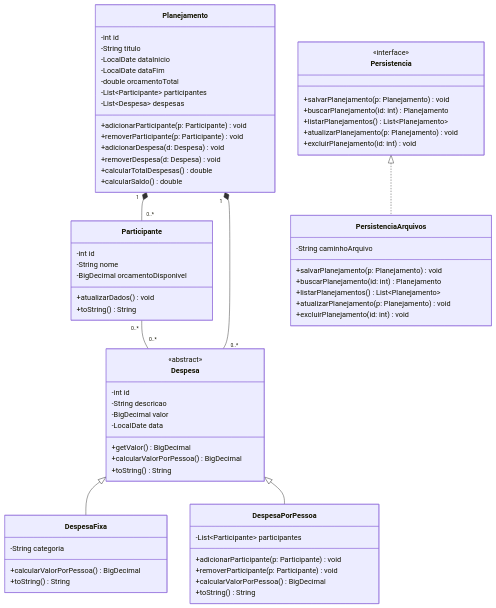
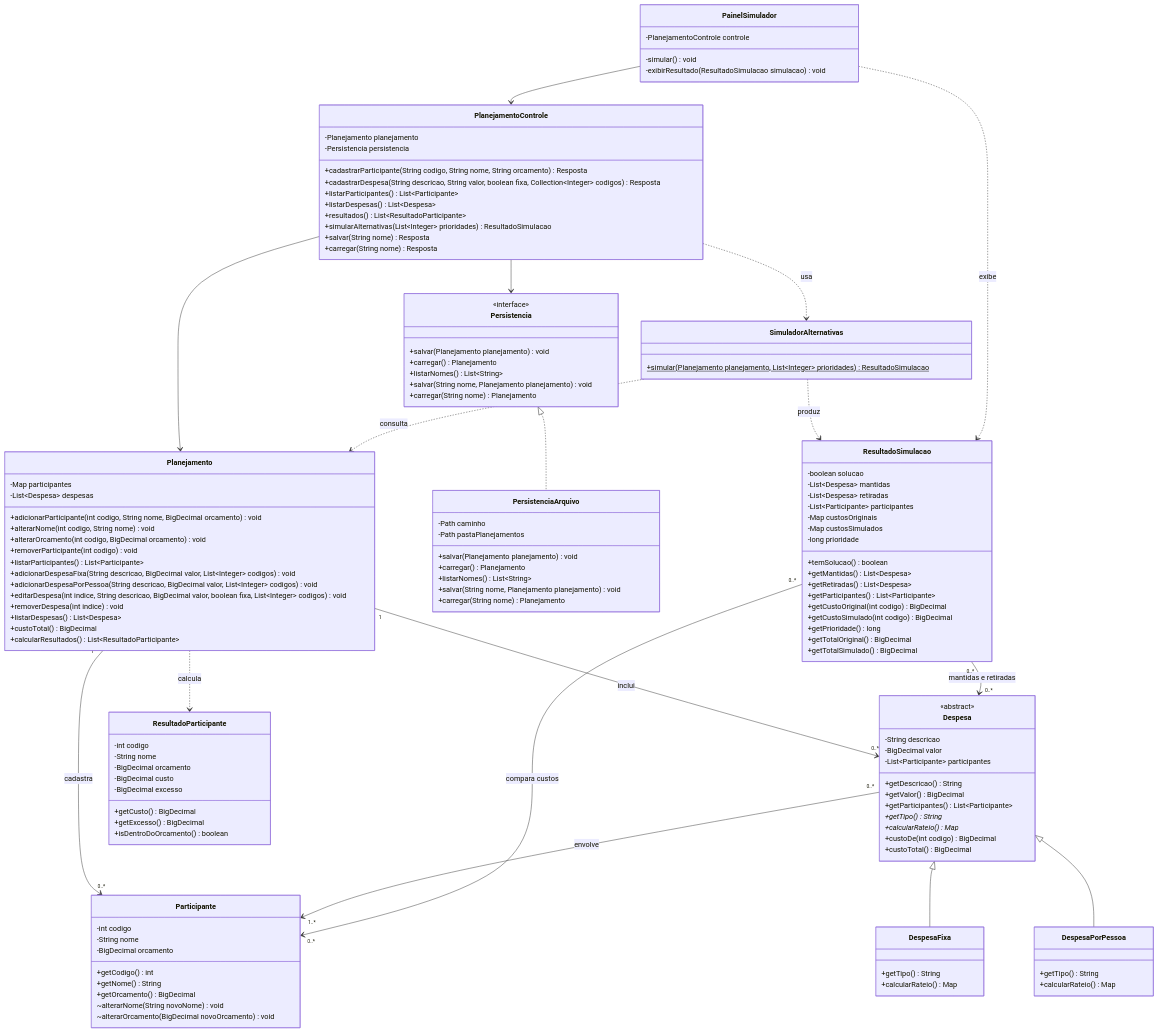
One commit to eduardoribeiir/cabe-no-bolso changed the diagram in docs/uml/diagrama-classes.md. Above: the diagram before and after it, drawn with Mermaid. The commit also changed other lines of this file, not shown here.

Commit message:
Revise UML class diagram for updated structure
Updated UML class diagram to reflect new class structure and methods.

````diff
--- a/docs/uml/diagrama-classes.md
+++ b/docs/uml/diagrama-classes.md
@@ -6,79 +8,145 @@
 ```mermaid
+classDiagram
+    direction TB
 
-classDiagram
-direction TB
+    class Planejamento {
+        -Map participantes
+        -List~Despesa~ despesas
+        +adicionarParticipante(int codigo, String nome, BigDecimal orcamento) void
+        +alterarNome(int codigo, String nome) void
+        +alterarOrcamento(int codigo, BigDecimal orcamento) void
+        +removerParticipante(int codigo) void
+        +listarParticipantes() List~Participante~
+        +adicionarDespesaFixa(String descricao, BigDecimal valor, List~Integer~ codigos) void
+        +adicionarDespesaPorPessoa(String descricao, BigDecimal valor, List~Integer~ codigos) void
+        +editarDespesa(int indice, String descricao, BigDecimal valor, boolean fixa, List~Integer~ codigos) void
+        +removerDespesa(int indice) void
+        +listarDespesas() List~Despesa~
+        +custoTotal() BigDecimal
+        +calcularResultados() List~ResultadoParticipante~
+    }
 
-class Planejamento {
-  -int id
-  -String titulo
-  -LocalDate dataInicio
-  -LocalDate dataFim
-  -double orcamentoTotal
-  -List~Participante~ participantes
-  -List~Despesa~ despesas
-  +adicionarParticipante(p: Participante) void
-  +removerParticipante(p: Participante) void
-  +adicionarDespesa(d: Despesa) void
-  +removerDespesa(d: Despesa) void
-  +calcularTotalDespesas() double
-  +calcularSaldo() double
-}
+    class Participante {
+        -int codigo
+        -String nome
+        -BigDecimal orcamento
+        +getCodigo() int
+        +getNome() String
+        +getOrcamento() BigDecimal
+        ~alterarNome(String novoNome) void
+        ~alterarOrcamento(BigDecimal novoOrcamento) void
+    }
 
-class Participante {
-  -int id
-  -String nome
-  -BigDecimal orcamentoDisponivel
-  +atualizarDados() void
-  +toString() String
-}
+    class Despesa {
+        <<abstract>>
+        -String descricao
+        -BigDecimal valor
+        -List~Participante~ participantes
+        +getDescricao() String
+        +getValor() BigDecimal
+        +getParticipantes() List~Participante~
+        +getTipo() String*
+        +calcularRateio() Map*
+        +custoDe(int codigo) BigDecimal
+        +custoTotal() BigDecimal
+    }
 
-class Despesa {
-  <<abstract>>
-  -int id
-  -String descricao
-  -BigDecimal valor
-  -LocalDate data
-  +getValor() BigDecimal
-  +calcularValorPorPessoa() BigDecimal
-  +toString() String
-}
+    class DespesaFixa {
+        +getTipo() String
+        +calcularRateio() Map
+    }
 
-class DespesaFixa {
-  -String categoria
-  +calcularValorPorPessoa() BigDecimal
-  +toString() String
-}
+    class DespesaPorPessoa {
+        +getTipo() String
+        +calcularRateio() Map
+    }
 
-class DespesaPorPessoa {
-  -List~Participante~ participantes
-  +adicionarParticipante(p: Participante) void
-  +removerParticipante(p: Participante) void
-  +calcularValorPorPessoa() BigDecimal
-  +toString() String
-}
+    class ResultadoParticipante {
+        -int codigo
+        -String nome
+        -BigDecimal orcamento
+        -BigDecimal custo
+        -BigDecimal excesso
+        +getCusto() BigDecimal
+        +getExcesso() BigDecimal
+        +isDentroDoOrcamento() boolean
+    }
 
-class Persistencia {
-  <<interface>>
-  +salvarPlanejamento(p: Planejamento) void
-  +buscarPlanejamento(id: int) Planejamento
-  +listarPlanejamentos() List~Planejamento~
-  +atualizarPlanejamento(p: Planejamento) void
-  +excluirPlanejamento(id: int) void
-}
+    class Persistencia {
+        <<interface>>
+        +salvar(Planejamento planejamento) void
+        +carregar() Planejamento
+        +listarNomes() List~String~
+        +salvar(String nome, Planejamento planejamento) void
+        +carregar(String nome) Planejamento
+    }
 
-class PersistenciaArquivos {
-  -String caminhoArquivo
-  +salvarPlanejamento(p: Planejamento) void
-  +buscarPlanejamento(id: int) Planejamento
-  +listarPlanejamentos() List~Planejamento~
-  +atualizarPlanejamento(p: Planejamento) void
-  +excluirPlanejamento(id: int) void
-}
+    class PersistenciaArquivo {
+        -Path caminho
+        -Path pastaPlanejamentos
+        +salvar(Planejamento planejamento) void
+        +carregar() Planejamento
+        +listarNomes() List~String~
+        +salvar(String nome, Planejamento planejamento) void
+        +carregar(String nome) Planejamento
+    }
 
-Planejamento "1" *-- "0..*" Participante
-Planejamento "1" *-- "0..*" Despesa
-Participante "0..*" -- "0..*" Despesa
-Despesa <|-- DespesaFixa
-Despesa <|-- DespesaPorPessoa
-Persistencia <|.. PersistenciaArquivos
+    class PlanejamentoControle {
+        -Planejamento planejamento
+        -Persistencia persistencia
+        +cadastrarParticipante(String codigo, String nome, String orcamento) Resposta
+        +cadastrarDespesa(String descricao, String valor, boolean fixa, Collection~Integer~ codigos) Resposta
+        +listarParticipantes() List~Participante~
+        +listarDespesas() List~Despesa~
+        +resultados() List~ResultadoParticipante~
+        +simularAlternativas(List~Integer~ prioridades) ResultadoSimulacao
+        +salvar(String nome) Resposta
+        +carregar(String nome) Resposta
+    }
+
+    class PainelSimulador {
+        -PlanejamentoControle controle
+        -simular() void
+        -exibirResultado(ResultadoSimulacao simulacao) void
+    }
+
+    class SimuladorAlternativas {
+        +simular(Planejamento planejamento, List~Integer~ prioridades) ResultadoSimulacao$
+    }
+
+    class ResultadoSimulacao {
+        -boolean solucao
+        -List~Despesa~ mantidas
+        -List~Despesa~ retiradas
+        -List~Participante~ participantes
+        -Map custosOriginais
+        -Map custosSimulados
+        -long prioridade
+        +temSolucao() boolean
+        +getMantidas() List~Despesa~
+        +getRetiradas() List~Despesa~
+        +getParticipantes() List~Participante~
+        +getCustoOriginal(int codigo) BigDecimal
+        +getCustoSimulado(int codigo) BigDecimal
+        +getPrioridade() long
+        +getTotalOriginal() BigDecimal
+        +getTotalSimulado() BigDecimal
+    }
+
+    Planejamento "1" --> "0..*" Participante : cadastra
+    Planejamento "1" --> "0..*" Despesa : inclui
+    Despesa "0..*" --> "1..*" Participante : envolve
+    Despesa <|-- DespesaFixa
+    Despesa <|-- DespesaPorPessoa
+    Planejamento ..> ResultadoParticipante : calcula
+    Persistencia <|.. PersistenciaArquivo
+    PlanejamentoControle --> Planejamento
+    PlanejamentoControle --> Persistencia
+    PainelSimulador --> PlanejamentoControle
+    PlanejamentoControle ..> SimuladorAlternativas : usa
+    SimuladorAlternativas ..> Planejamento : consulta
+    SimuladorAlternativas ..> ResultadoSimulacao : produz
+    PainelSimulador ..> ResultadoSimulacao : exibe
+    ResultadoSimulacao "0..*" --> "0..*" Despesa : mantidas e retiradas
+    ResultadoSimulacao "0..*" --> "0..*" Participante : compara custos
 ```
````
